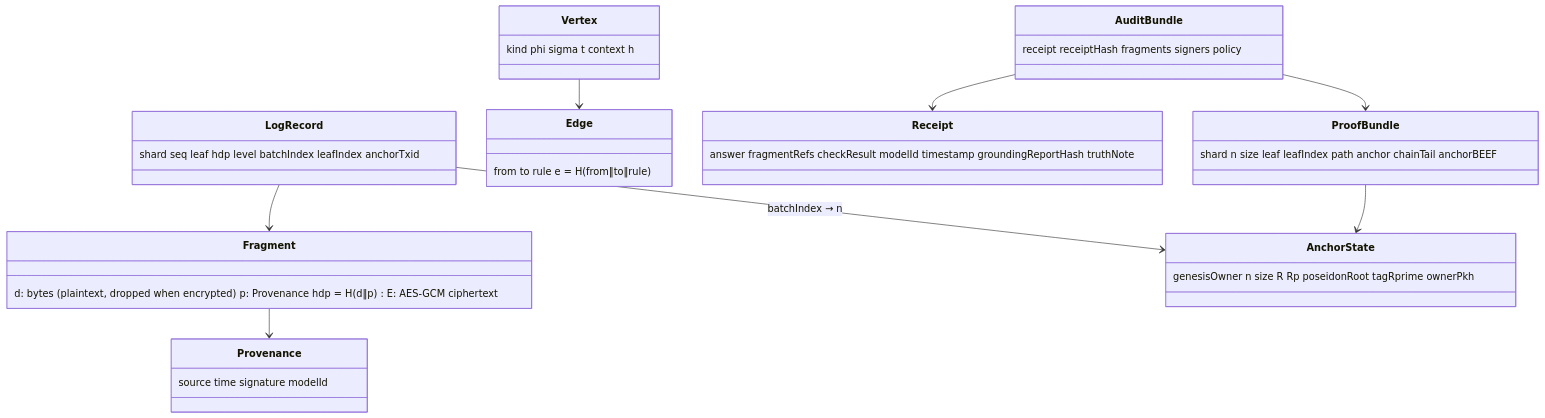
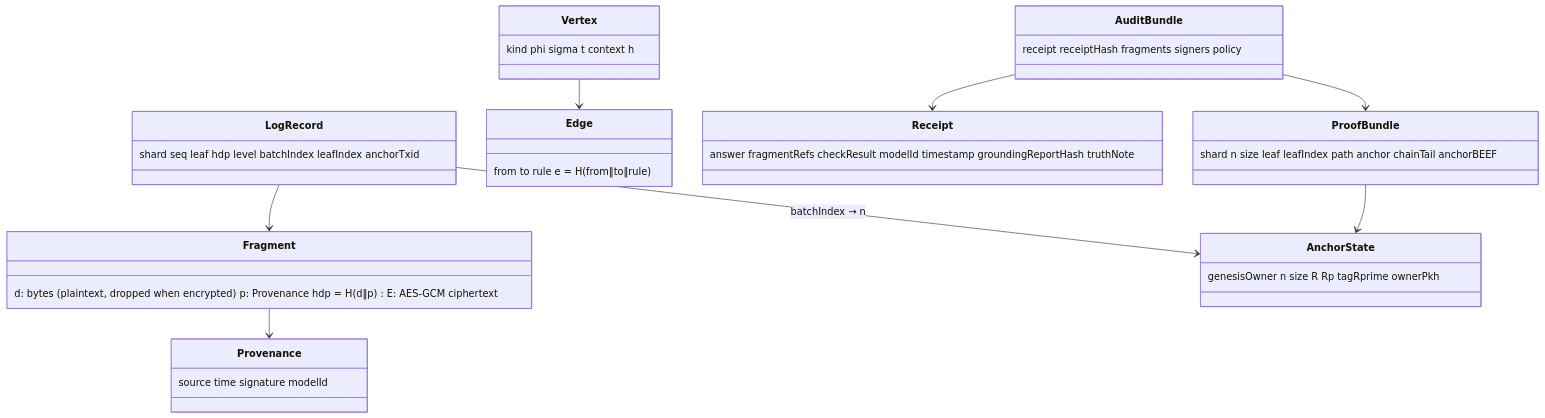
One commit to kryptokrates/nektar changed diagram 11 of 14 in docs/ARCHITECTURE.md. Above: the diagram before and after it, drawn with Mermaid. The commit also changed other lines of this file and 9 other files, not shown here.

````diff
--- a/docs/ARCHITECTURE.md
+++ b/docs/ARCHITECTURE.md
@@ -216,19 +216,19 @@
 ```mermaid
 classDiagram
   class Fragment { d: bytes (plaintext, dropped when encrypted) p: Provenance hdp = H(d‖p) E: AES-GCM ciphertext }
   class Provenance { source time signature modelId }
   class LogRecord { shard seq leaf hdp level batchIndex leafIndex anchorTxid }
-  class AnchorState { genesisOwner n size R Rp poseidonRoot tagRprime ownerPkh }
+  class AnchorState { genesisOwner n size R Rp tagRprime ownerPkh }
   class ProofBundle { shard n size leaf leafIndex path anchor chainTail anchorBEEF }
   class Vertex { kind phi sigma t context h }
   class Edge { from to rule e = H(from‖to‖rule) }
   class Receipt { answer fragmentRefs checkResult modelId timestamp groundingReportHash truthNote }
   class AuditBundle { receipt receiptHash fragments signers policy }
   Fragment --> Provenance
   LogRecord --> Fragment
   LogRecord --> AnchorState : batchIndex → n
   ProofBundle --> AnchorState
   Vertex --> Edge
   AuditBundle --> Receipt
   AuditBundle --> ProofBundle
 ```
````
